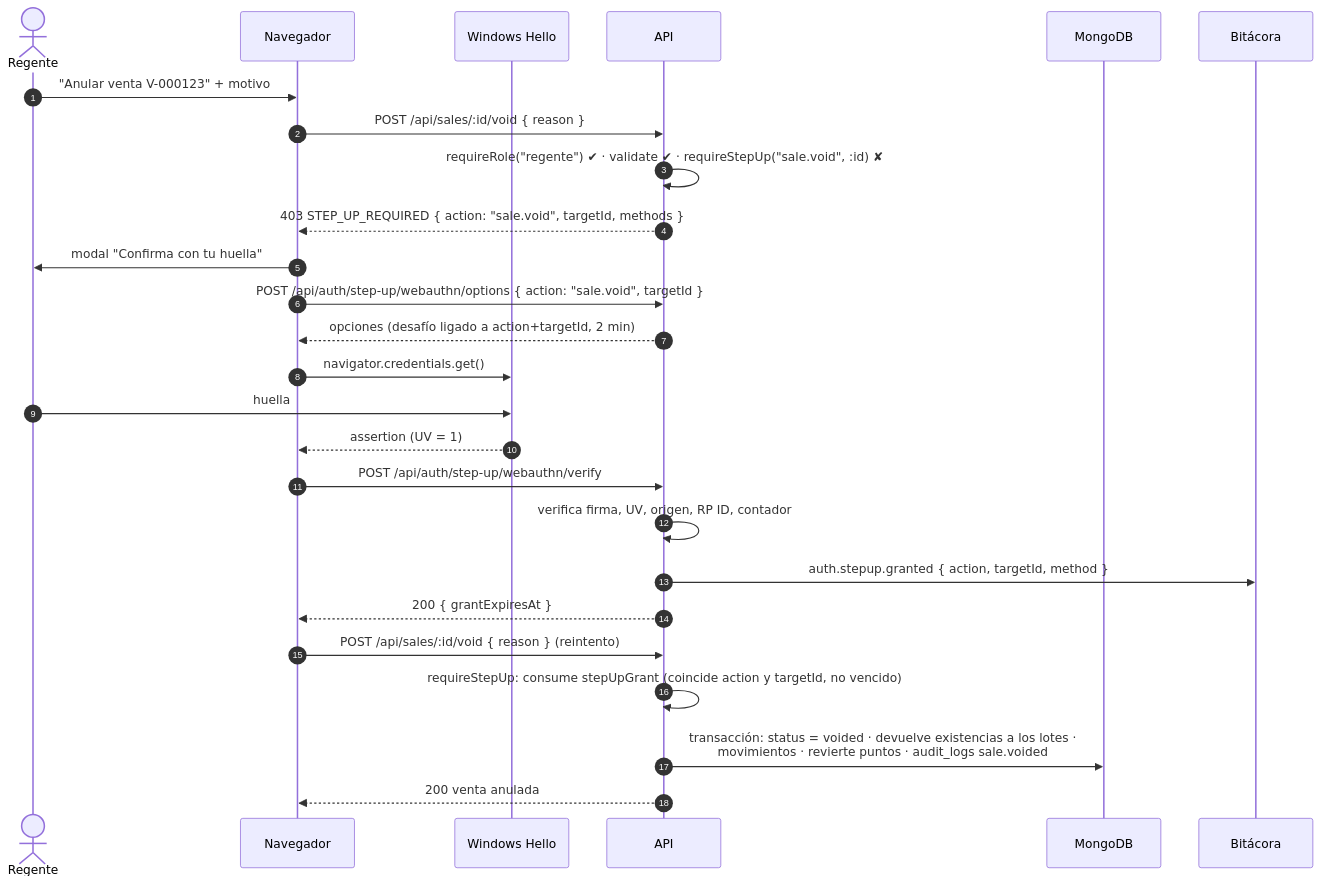
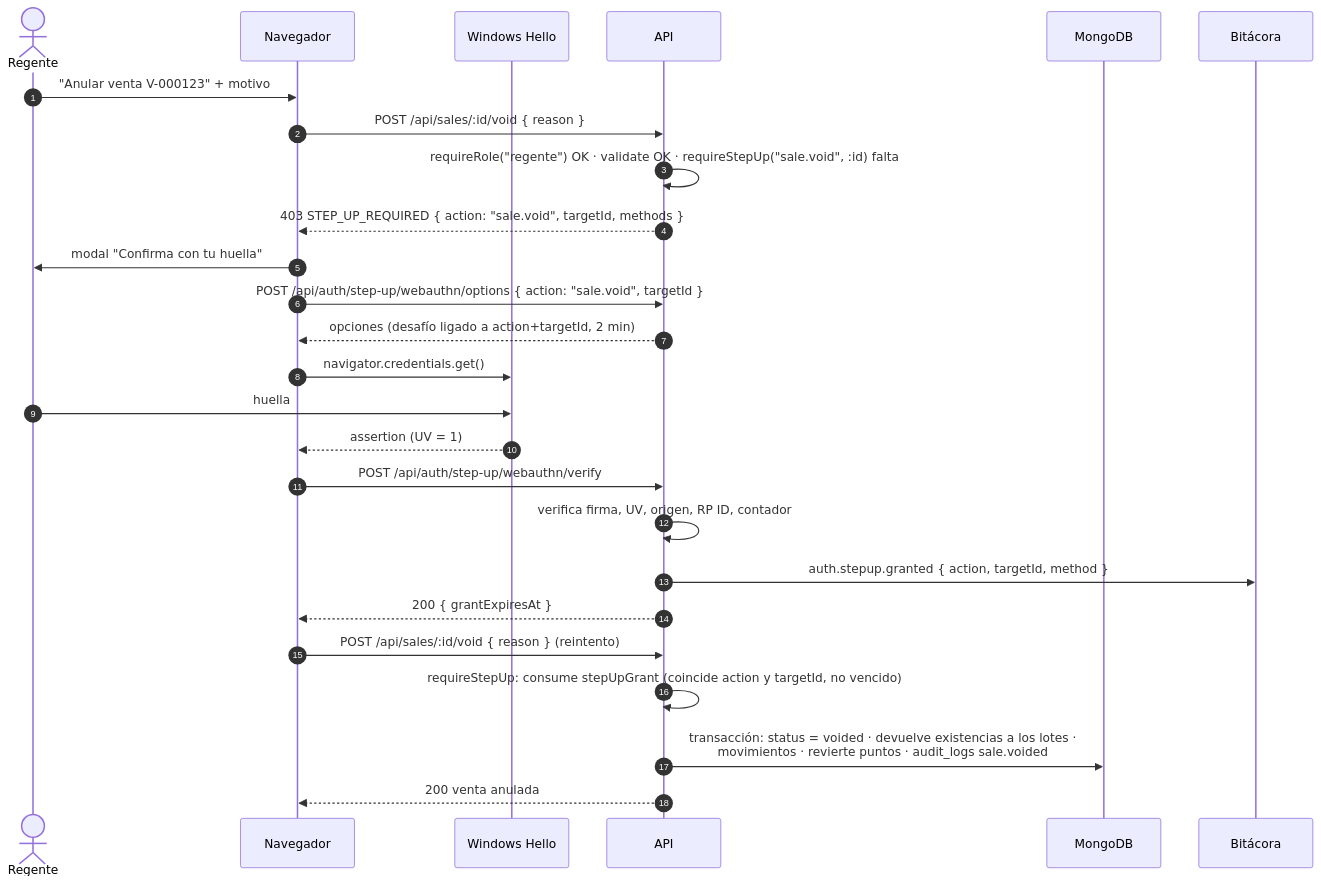
The sixth of 6 diagrams in docs/arquitectura.md (ecaldcc/08-FarmaCentro), drawn with Mermaid before and after one commit. The commit also changed other lines of this file and 8 other files, not shown here.

````diff
--- a/docs/arquitectura.md
+++ b/docs/arquitectura.md
@@ -262,29 +262,29 @@
 ```mermaid
 sequenceDiagram
     autonumber
     actor U as Regente
     participant B as Navegador
     participant WH as Windows Hello
     participant API as API
     participant DB as MongoDB
     participant AU as Bitácora
 
     U->>B: "Anular venta V-000123" + motivo
     B->>API: POST /api/sales/:id/void { reason }
-    API->>API: requireRole("regente") ✔ · validate ✔ · requireStepUp("sale.void", :id) ✘
+    API->>API: requireRole("regente") OK · validate OK · requireStepUp("sale.void", :id) falta
     API-->>B: 403 STEP_UP_REQUIRED { action: "sale.void", targetId, methods }
     B->>U: modal "Confirma con tu huella"
     B->>API: POST /api/auth/step-up/webauthn/options { action: "sale.void", targetId }
     API-->>B: opciones (desafío ligado a action+targetId, 2 min)
     B->>WH: navigator.credentials.get()
     U->>WH: huella
     WH-->>B: assertion (UV = 1)
     B->>API: POST /api/auth/step-up/webauthn/verify
     API->>API: verifica firma, UV, origen, RP ID, contador
     API->>AU: auth.stepup.granted { action, targetId, method }
     API-->>B: 200 { grantExpiresAt }
     B->>API: POST /api/sales/:id/void { reason } (reintento)
     API->>API: requireStepUp: consume stepUpGrant (coincide action y targetId, no vencido)
     API->>DB: transacción: status = voided · devuelve existencias a los lotes ·<br/>movimientos · revierte puntos · audit_logs sale.voided
     API-->>B: 200 venta anulada
 ```
````
